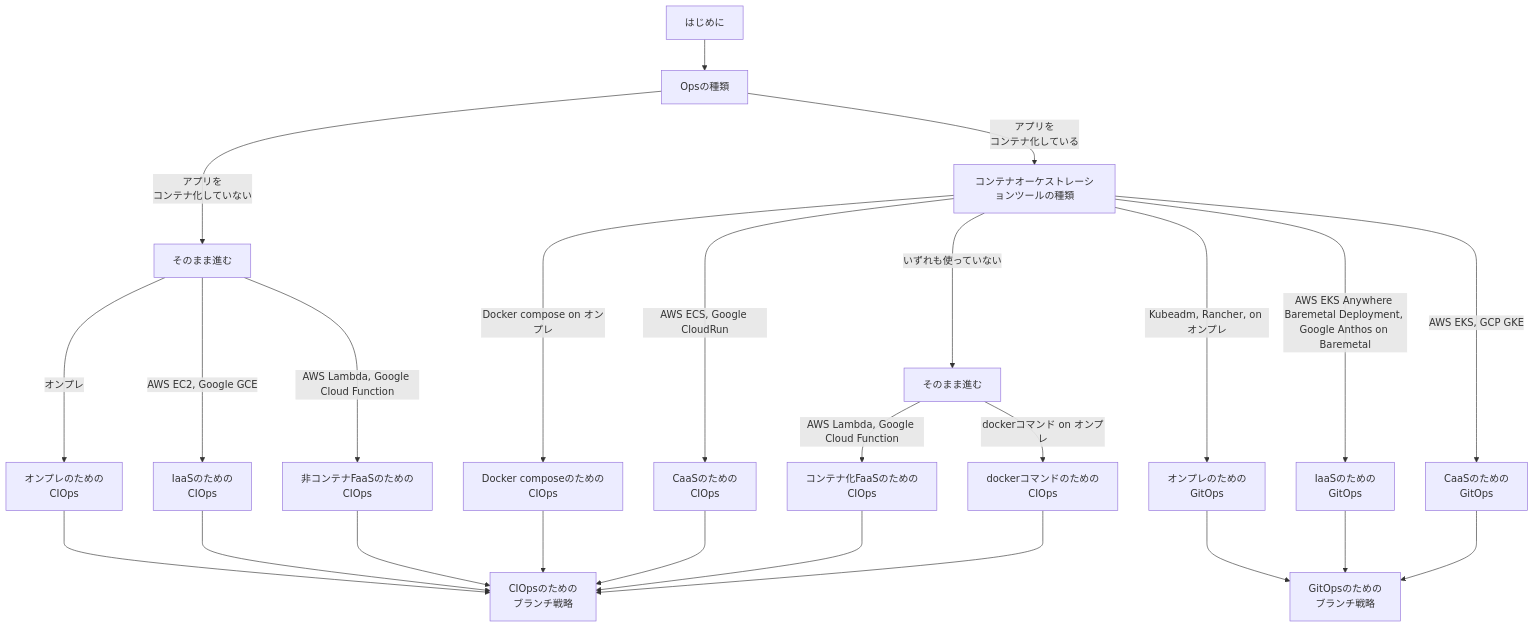
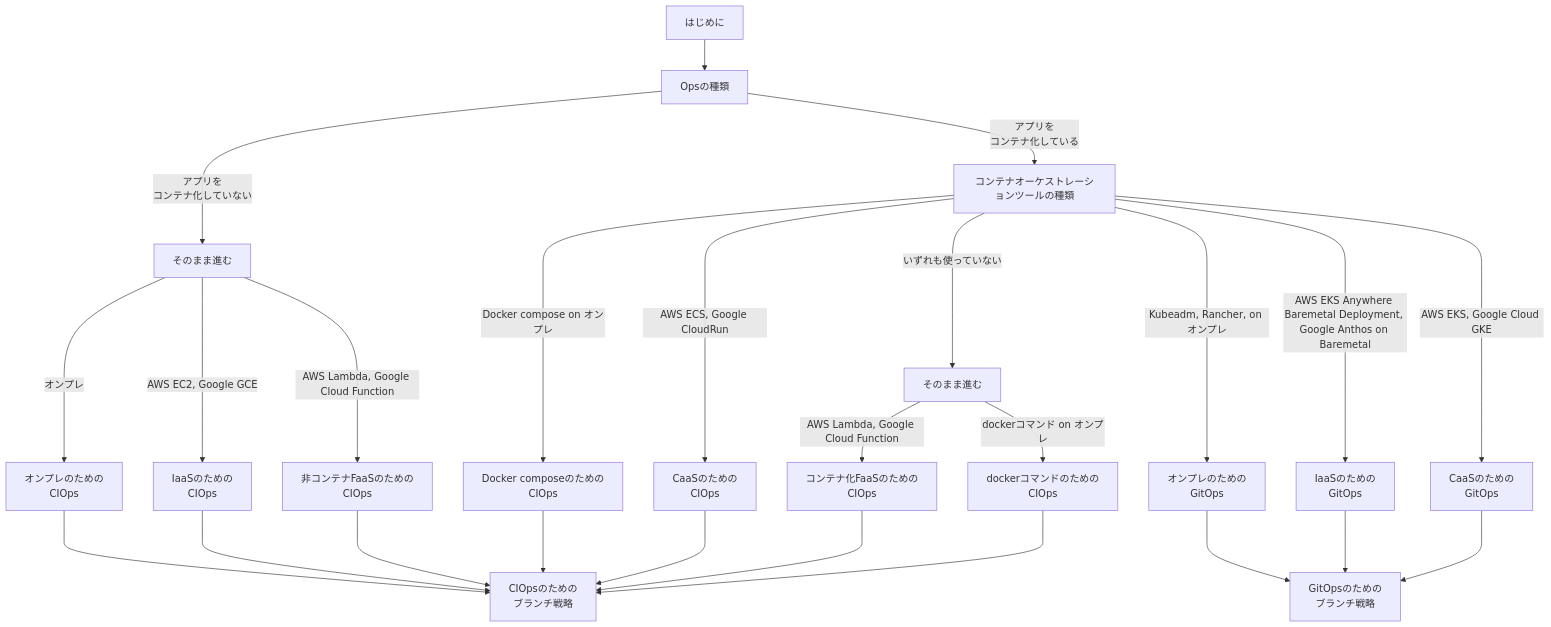
Before and after one commit to hiroki-it/tech-notebook: the diagram in docs/devops/devops_cicd.md, drawn with Mermaid. The commit also changed other lines of this file and 21 other files, not shown here.

````diff
--- a/docs/devops/devops_cicd.md
+++ b/docs/devops/devops_cicd.md
@@ -200,41 +200,41 @@
 ```mermaid
 graph TD;
   A[はじめに] --> B[Opsの種類]
 
   B ---> | アプリを<br>コンテナ化していない | C[そのまま進む]
   B --> | アプリを<br>コンテナ化している | D[コンテナオーケストレーションツールの種類]
 
   C ---> | オンプレ | E[オンプレのための<br>CIOps]
   C ---> | AWS EC2, Google GCE | F["IaaSのための<br>CIOps"]
   C ---> | AWS Lambda, Google Cloud Function | G[非コンテナFaaSのための<br>CIOps]
 
   D ----> | Docker compose on オンプレ | H[Docker composeのための<br>CIOps]
   D ----> | AWS ECS, Google CloudRun  | I[CaaSのための<br>CIOps]
   D --> | いずれも使っていない | J[そのまま進む]
   D ----> | Kubeadm, Rancher, on オンプレ | K[オンプレのための<br>GitOps]
   D ----> | AWS EKS Anywhere Baremetal Deployment, Google Anthos on Baremetal| L[IaaSのための<br>GitOps]
-  D ----> | AWS EKS, GCP GKE | M[CaaSのための<br>GitOps]
+  D ----> | AWS EKS, Google Cloud GKE | M[CaaSのための<br>GitOps]
 
   J --> | AWS Lambda, Google Cloud Function | N[コンテナ化FaaSのための<br>CIOps]
   J --> | dockerコマンド on オンプレ| O[dockerコマンドのための<br>CIOps]
 
   E ---> P[CIOpsのための<br>ブランチ戦略]
 
   F ---> P
 
   G ---> P
 
   H ---> P
 
   I ---> P
 
   K ---> Q[GitOpsのための<br>ブランチ戦略]
 
   L ---> Q
 
   M ---> Q
 
   N ---> P
 
   O ---> P
 ```
````
